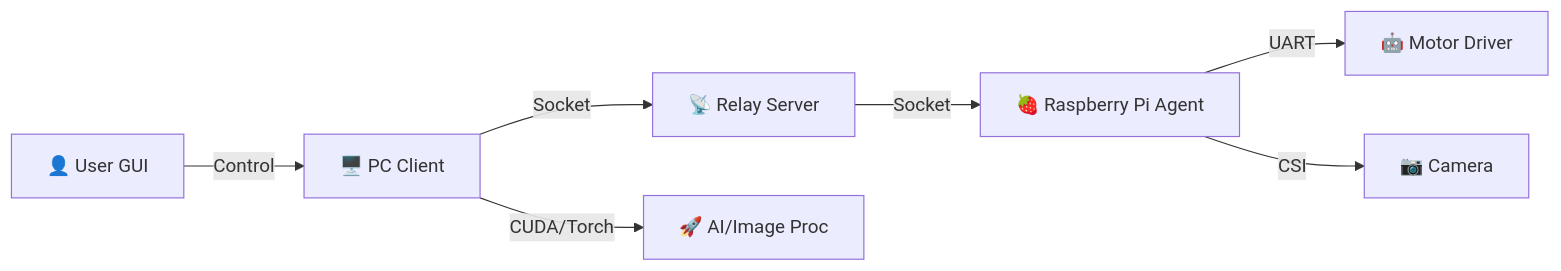
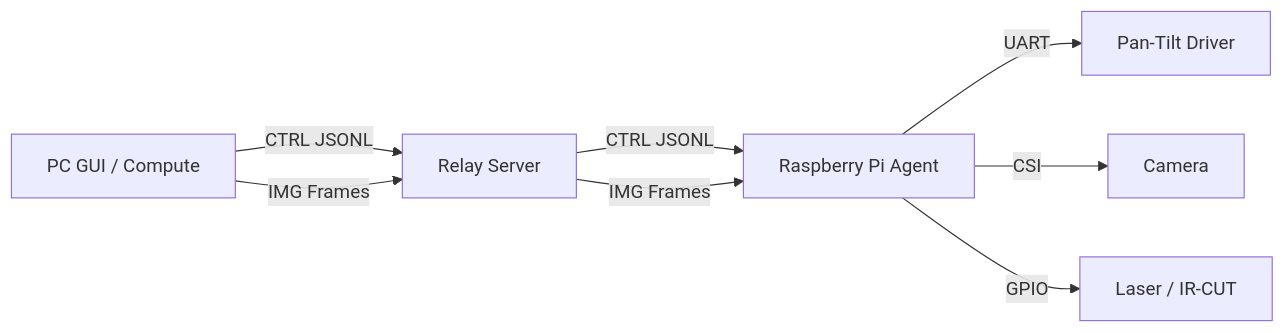
Before and after one commit to leontnhaps/DLC_system_model: the diagram in README.md, drawn with Mermaid. The commit also changed other lines of this file, not shown here.

````diff
--- a/README.md
+++ b/README.md
@@ -32,9 +36,10 @@
 ```mermaid
 graph LR
-    User[👤 User GUI] -->|Control| PC[🖥️ PC Client]
-    PC -->|Socket| Server[📡 Relay Server]
-    Server -->|Socket| Pi[🍓 Raspberry Pi Agent]
-    Pi -->|UART| ESP32[🤖 Motor Driver]
-    Pi -->|CSI| Cam[📷 Camera]
-    PC -->|CUDA/Torch| GPU[🚀 AI/Image Proc]
+    GUI[PC GUI / Compute] -->|CTRL JSONL| S[Relay Server]
+    GUI -->|IMG Frames| S
+    S -->|CTRL JSONL| PI[Raspberry Pi Agent]
+    S -->|IMG Frames| PI
+    PI -->|UART| ESP32[Pan-Tilt Driver]
+    PI -->|CSI| CAM[Camera]
+    PI -->|GPIO| LASER[Laser / IR-CUT]
 ```
````
